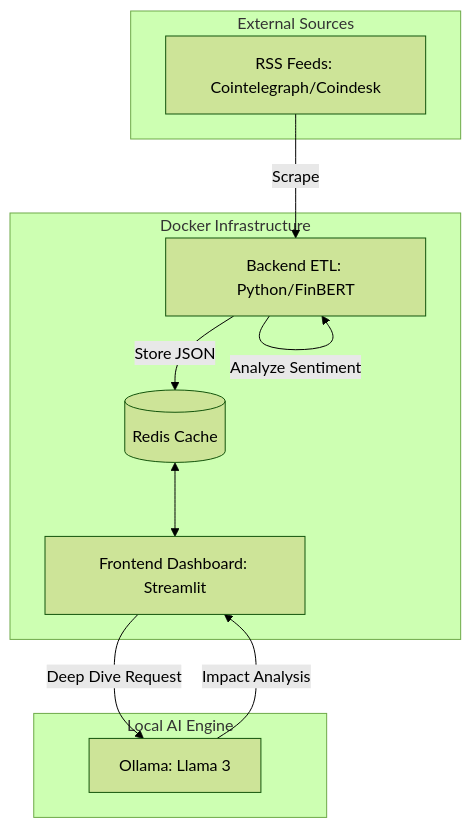
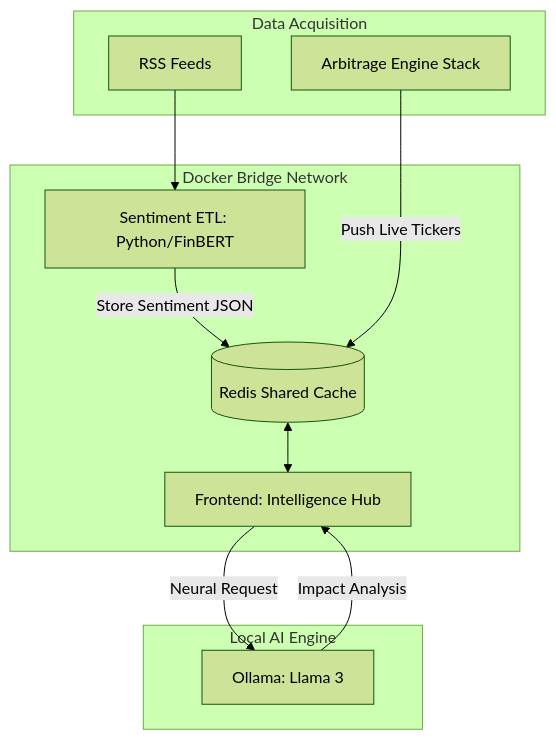
The first of 2 diagrams in README.md (PandoraQS/News-Sentiment-Alpha), drawn with Mermaid (forest theme) before and after one commit. The commit also changed other lines of this file and 3 other files, not shown here.

First line of the commit message:
Refactor Docker setup and enhance sentiment analysis error handling

````diff
--- a/README.md
+++ b/README.md
@@ -23,23 +21,24 @@
 ```mermaid
 graph TD
-    subgraph "External Sources"
-        RSS[RSS Feeds: Cointelegraph/Coindesk]
+    subgraph "Data Acquisition"
+        RSS[RSS Feeds]
+        ARB[Arbitrage Engine Stack]
     end
  
-    subgraph "Docker Infrastructure"
-        BE[Backend ETL: Python/FinBERT]
-        RD[(Redis Cache)]
-        FE[Frontend Dashboard: Streamlit]
+    subgraph "Docker Bridge Network"
+        BE[Sentiment ETL: Python/FinBERT]
+        RD[(Redis Shared Cache)]
+        FE[Frontend: Intelligence Hub]
     end
  
     subgraph "Local AI Engine"
         OL[Ollama: Llama 3]
     end
  
-    RSS -->|Scrape| BE
-    BE -->|Analyze Sentiment| BE
-    BE -->|Store JSON| RD
+    RSS --> BE
+    BE -->|Store Sentiment JSON| RD
+    ARB -->|Push Live Tickers| RD
     RD <--> FE
-    FE -->|Deep Dive Request| OL
+    FE -->|Neural Request| OL
     OL -->|Impact Analysis| FE
 ```
````
